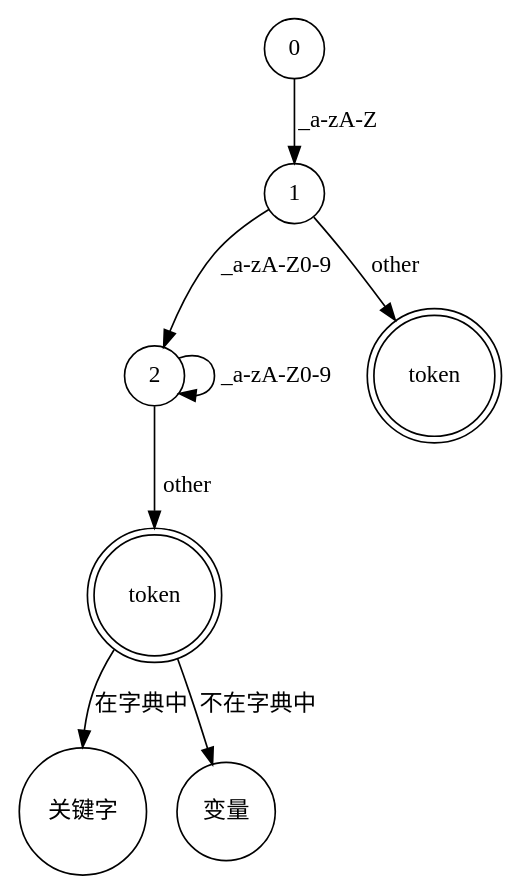
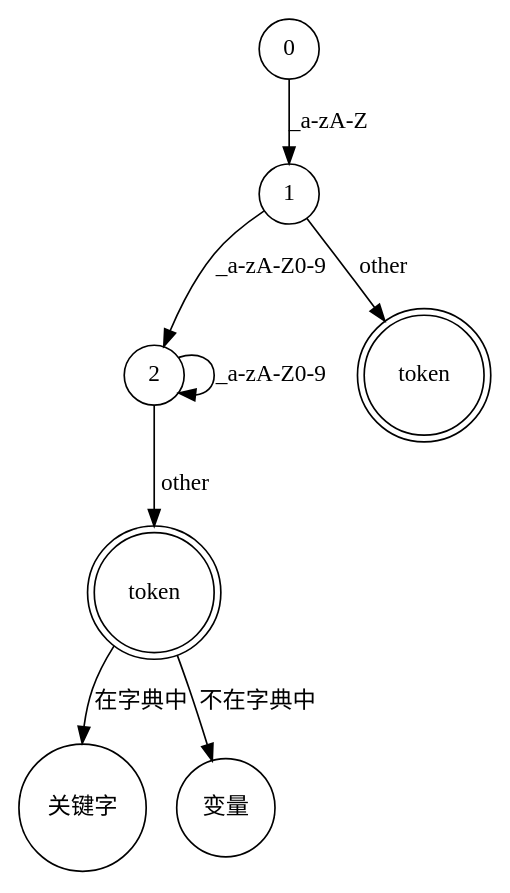
One commit to rskmin/Study changed the diagram in 编译原理/static/dot/keyword-variable-sm.dot. Above: the diagram before and after it, drawn with Graphviz. The commit also changed 13 other files, not shown here.

```diff
--- a/编译原理/static/dot/keyword-variable-sm.dot
+++ b/编译原理/static/dot/keyword-variable-sm.dot
@@ -1,28 +1,29 @@
 // 关键词 - 变量 状态机
 digraph KeywordVariableSm {
   // 全局样式
-  node [shape=circle]
+  edge [fontname="SimHei"]
+  node [shape=circle, fontname="SimHei"]
   // 状态样式
   node0 [label=0]
   node1 [label=1]
   node2 [label=2]
   nodetoken1 [label=token, peripheries=2]
   nodetoken2 [label=token, peripheries=2]
   nodekeyword [label="关键字"]
   nodevariable [label="变量"]
 
   // 0 ->
   node0 -> node1 [label="_a-zA-Z"]
 
   // 1 ->
   node1 -> nodetoken1 [label="other"]
   node1 -> node2 [label="_a-zA-Z0-9"]
 
   // 2 ->
   node2 -> node2 [label="_a-zA-Z0-9"]
   node2 -> nodetoken2 [label="other"]
 
   // token2 ->
   nodetoken2 -> nodekeyword [label="在字典中"]
   nodetoken2 -> nodevariable [label="不在字典中"]
 }
```
